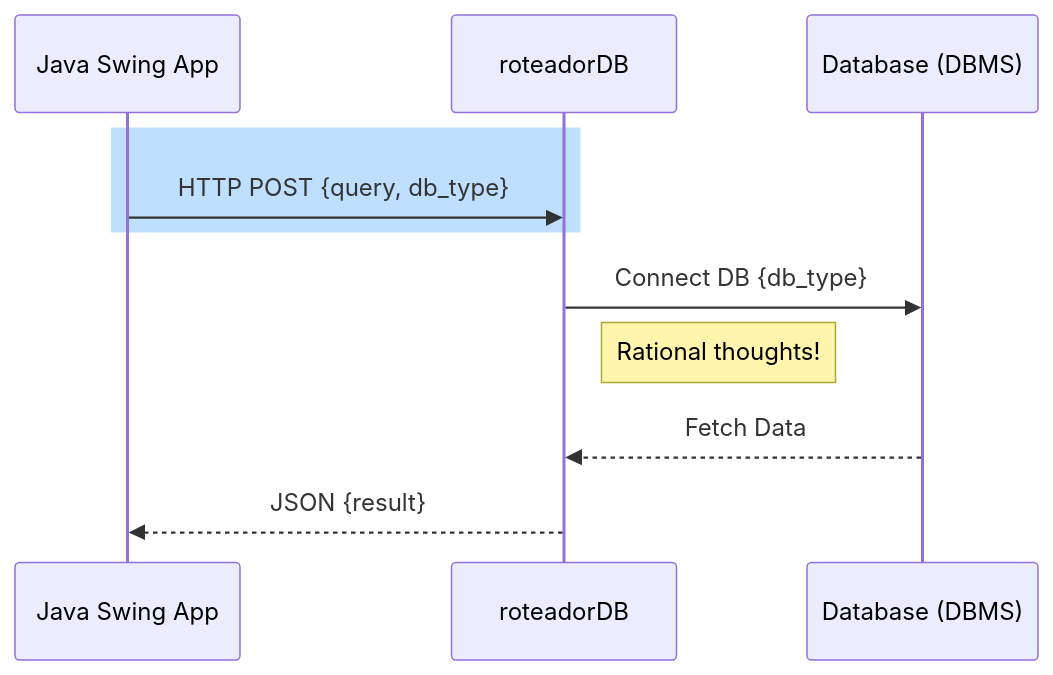
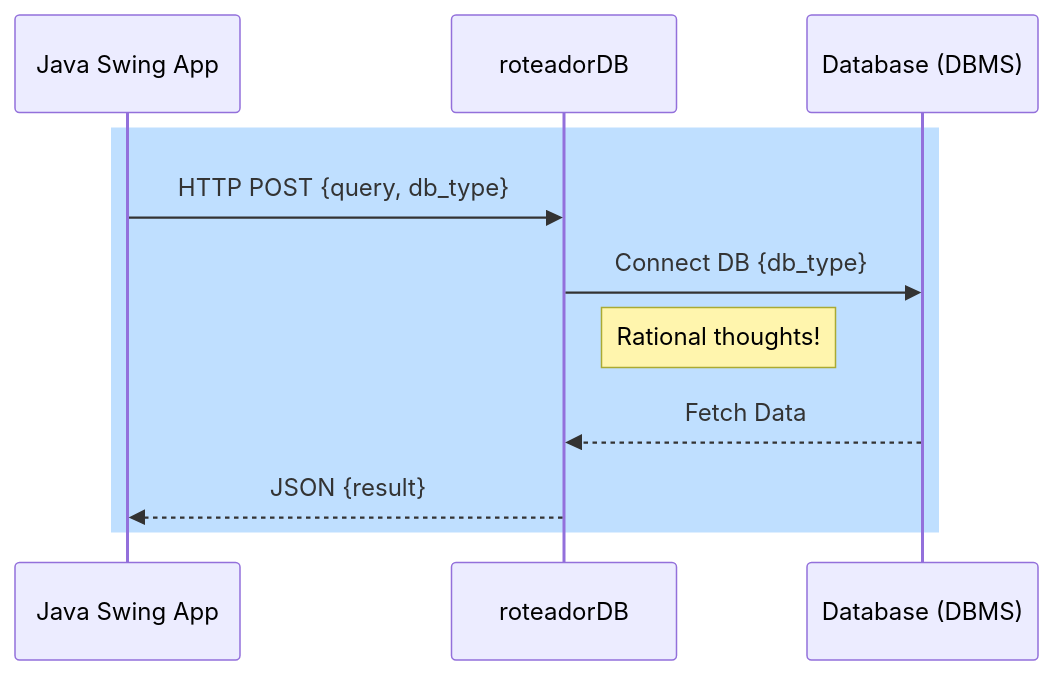
The diagram in README.md (limainfo/roteadorDB), drawn with Mermaid before and after one commit. The commit also changed other lines of this file, not shown here.

````diff
--- a/README.md
+++ b/README.md
@@ -15,25 +634,25 @@
 ```mermaid
 %%{
   init: {
     'theme': 'forest',
     'themeVariables': {
       'lineColor': '#F8B229',
       'secondaryColor': '#006100',
       'tertiaryColor': '#fff',
     }
   
 }%%
 sequenceDiagram
     
+    rect rgb(191, 223, 255)
     participant Java_Swing_App as Java Swing App 
     participant roteadorDB
     participant DBMS as Database (DBMS)
 
-    rect rgb(191, 223, 255)
     Java_Swing_App->>roteadorDB: HTTP POST {query, db_type}
-    end
     roteadorDB->>DBMS: Connect DB {db_type}
     Note right of roteadorDB: Rational thoughts!
     DBMS-->>roteadorDB: Fetch Data
     roteadorDB-->>Java_Swing_App: JSON {result}
+    end
 ```
````
